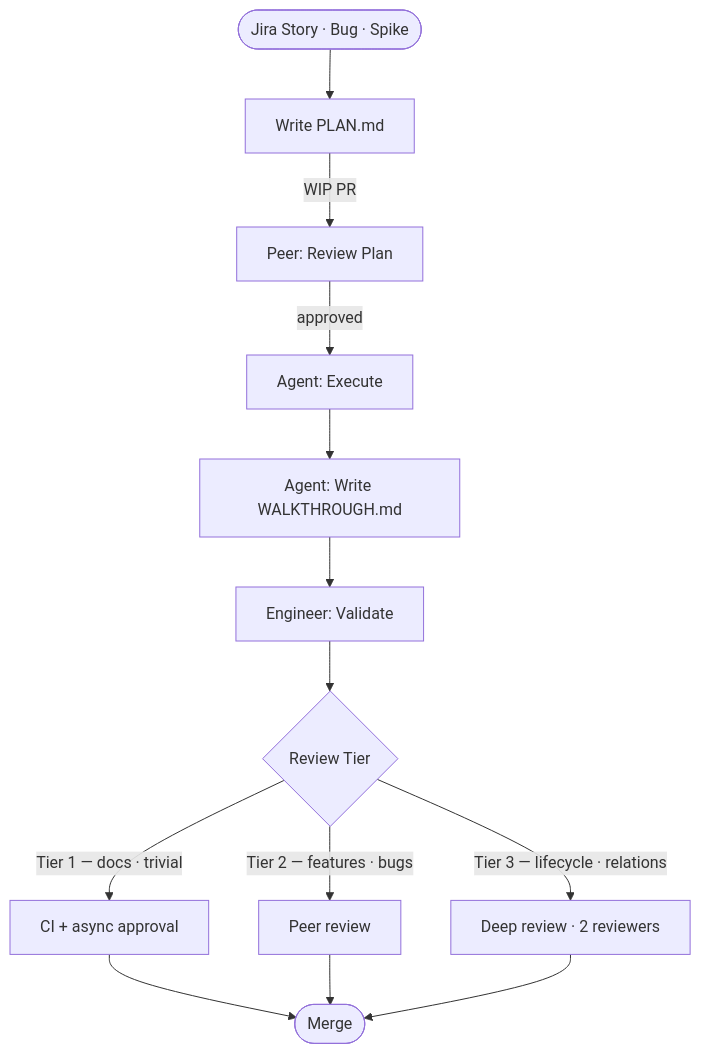
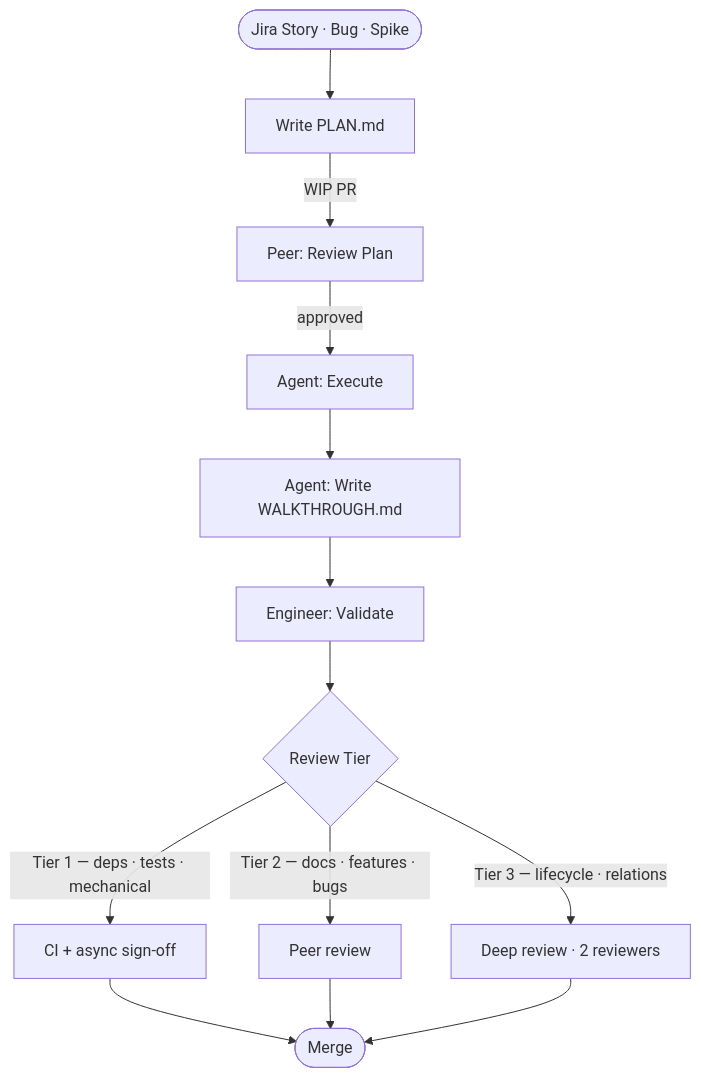
One commit to srbouffard/agentic-workflow changed the first of 2 diagrams in brainstorm/synthesis/report.md. Above: the diagram before and after it, drawn with Mermaid. The commit also changed other lines of this file, not shown here.

````diff
--- a/brainstorm/synthesis/report.md
+++ b/brainstorm/synthesis/report.md
@@ -48,17 +48,17 @@
 ```mermaid
 flowchart TD
     A([Jira Story · Bug · Spike])
 
     A --> B[Write PLAN.md]
     B -->|WIP PR| C[Peer: Review Plan]
     C -->|approved| D[Agent: Execute]
     D --> E[Agent: Write WALKTHROUGH.md]
     E --> F[Engineer: Validate]
     F --> G{Review Tier}
 
-    G -->|Tier 1 — docs · trivial| H[CI + async approval]
-    G -->|Tier 2 — features · bugs| I[Peer review]
+    G -->|Tier 1 — deps · tests · mechanical| H[CI + async sign-off]
+    G -->|Tier 2 — docs · features · bugs| I[Peer review]
     G -->|Tier 3 — lifecycle · relations| J[Deep review · 2 reviewers]
 
     H & I & J --> K([Merge])
 ```
````
